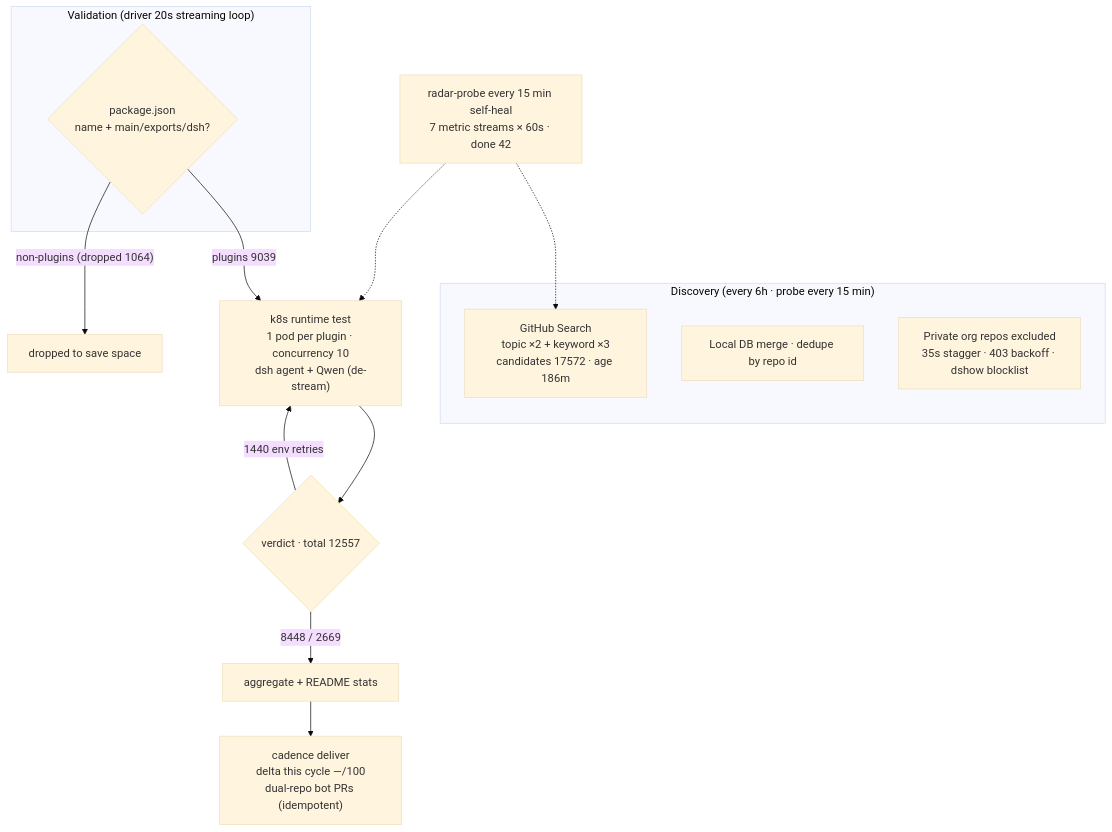
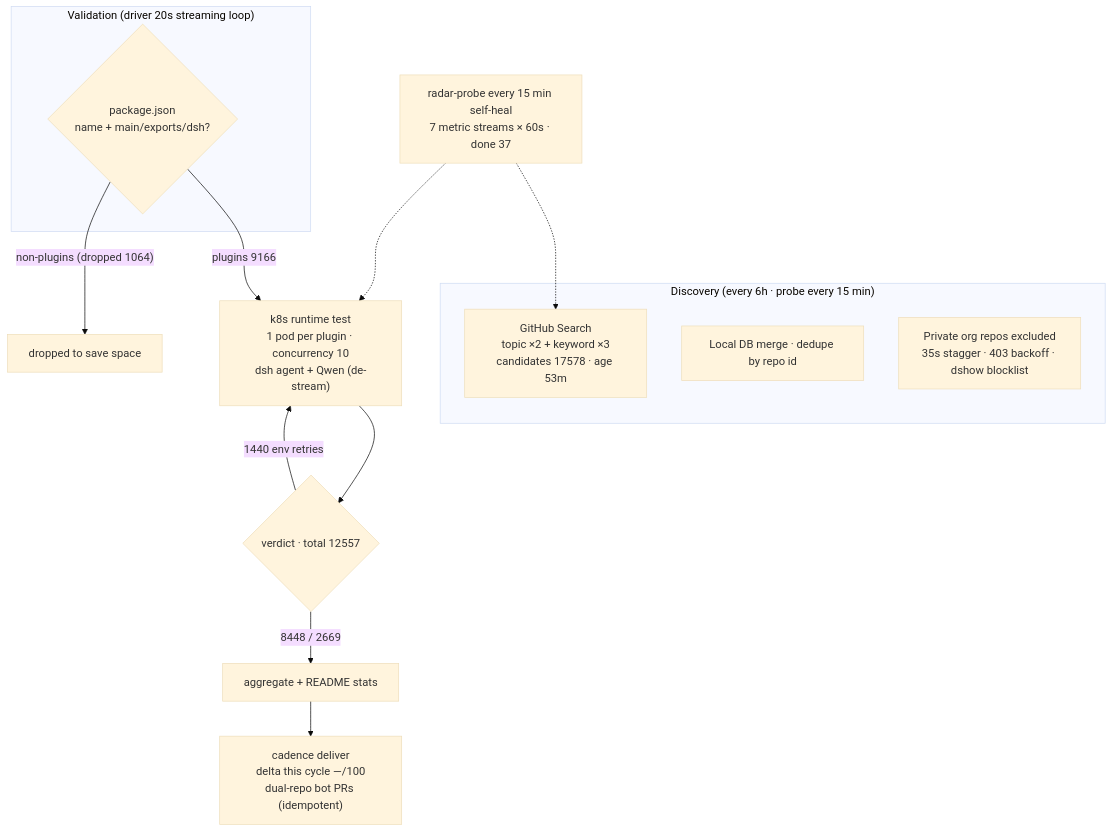
The diagram in README.en-US.md (AdamPlatin123/awesome-dsh-plugins), drawn with Mermaid (base theme) before and after one commit. The commit also changed other lines of this file and 5 other files, not shown here.

````diff
--- a/README.en-US.md
+++ b/README.en-US.md
@@ -45,20 +45,20 @@
 ```mermaid
 flowchart TB
     subgraph Discovery["Discovery (every 6h · probe every 15 min)"]
-        A1["GitHub Search<br/>topic ×2 + keyword ×3<br/>candidates 17572 · age 186m"]
+        A1["GitHub Search<br/>topic ×2 + keyword ×3<br/>candidates 17578 · age 53m"]
         A2["Local DB merge · dedupe by repo id"]
         A3["Private org repos excluded<br/>35s stagger · 403 backoff · dshow blocklist"]
     end
     subgraph Validation["Validation (driver 20s streaming loop)"]
         B1{"package.json<br/>name + main/exports/dsh?"}
     end
-    B1 -->|"plugins 9039"| C1["k8s runtime test<br/>1 pod per plugin · concurrency 10<br/>dsh agent + Qwen (de-stream)"]
+    B1 -->|"plugins 9166"| C1["k8s runtime test<br/>1 pod per plugin · concurrency 10<br/>dsh agent + Qwen (de-stream)"]
     B1 -->|"non-plugins (dropped 1064)"| B3["dropped to save space"]
     C1 --> D1{"verdict · total 12557"}
     D1 -->|"8448 / 2669"| E1["aggregate + README stats"]
     D1 -->|"1440 env retries"| C1
     E1 --> E2["cadence deliver<br/>delta this cycle —/100<br/>dual-repo bot PRs (idempotent)"]
-    M["radar-probe every 15 min self-heal<br/>7 metric streams × 60s · done 42"]
+    M["radar-probe every 15 min self-heal<br/>7 metric streams × 60s · done 37"]
     M -.-> A1
     M -.-> C1
 ```
````
